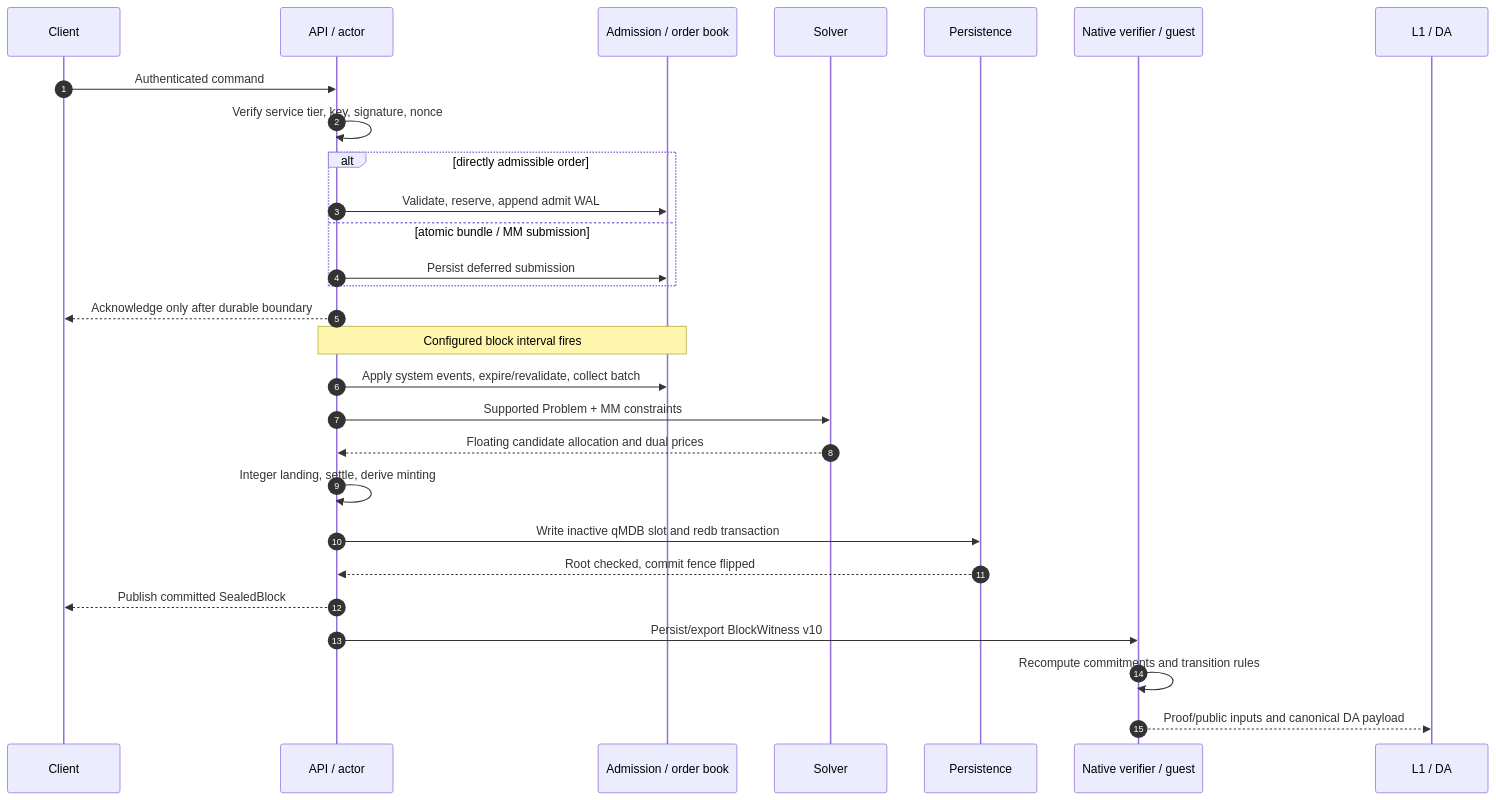
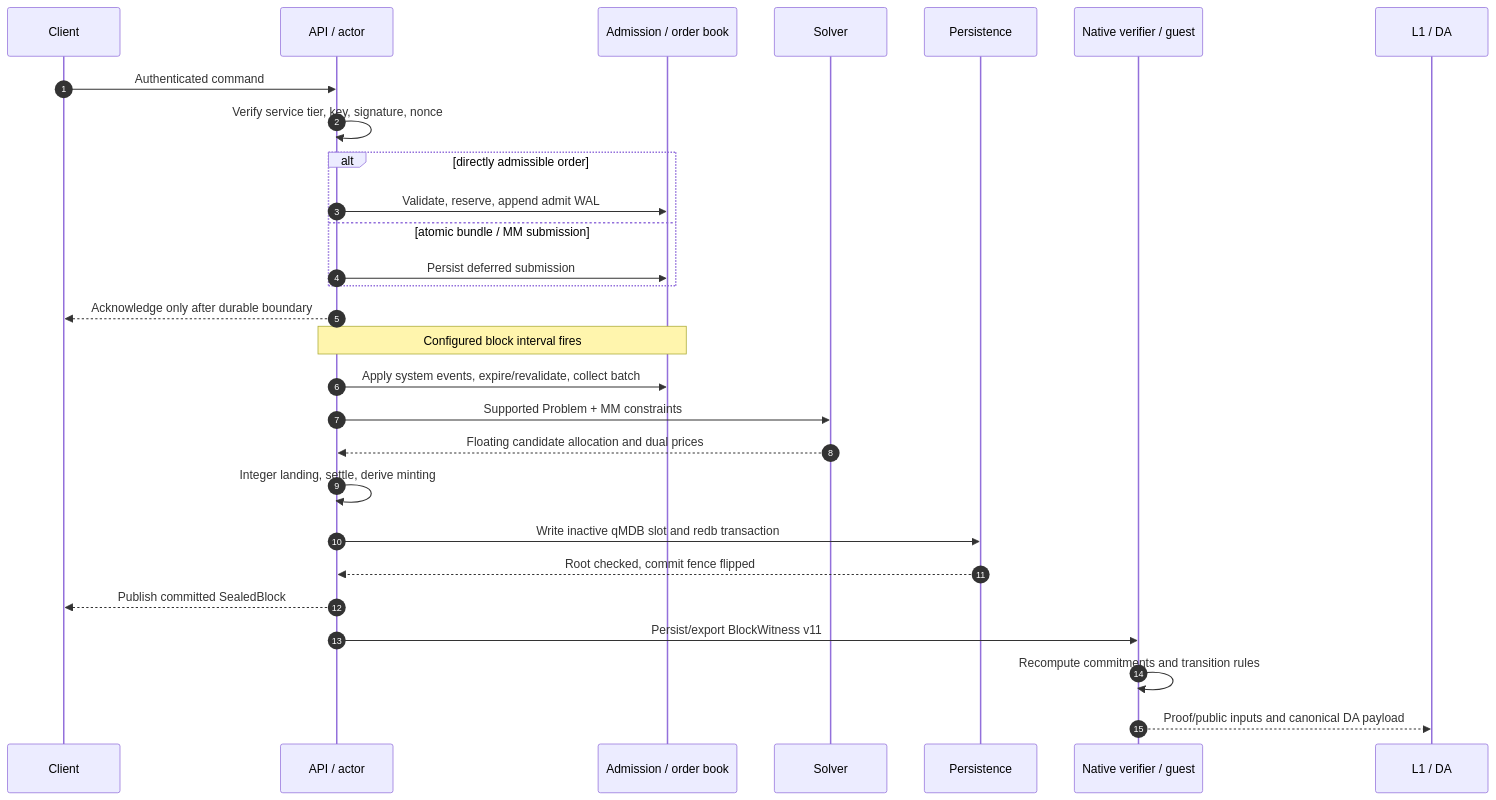
One commit to MetaB0y/sybil changed the second of 2 diagrams in docs/architecture/Sybil Architecture.md. Above: the diagram before and after it, drawn with Mermaid. The commit also changed other lines of this file and 289 other files, not shown here.

````diff
--- a/docs/architecture/Sybil Architecture.md
+++ b/docs/architecture/Sybil Architecture.md
@@ -84,32 +84,32 @@
 ```mermaid
 sequenceDiagram
     autonumber
     participant C as Client
     participant A as API / actor
     participant O as Admission / order book
     participant S as Solver
     participant P as Persistence
     participant V as Native verifier / guest
     participant L as L1 / DA
 
     C->>A: Authenticated command
     A->>A: Verify service tier, key, signature, nonce
     alt directly admissible order
         A->>O: Validate, reserve, append admit WAL
     else atomic bundle / MM submission
         A->>O: Persist deferred submission
     end
     A-->>C: Acknowledge only after durable boundary
 
     Note over A,O: Configured block interval fires
     A->>O: Apply system events, expire/revalidate, collect batch
     A->>S: Supported Problem + MM constraints
     S-->>A: Floating candidate allocation and dual prices
     A->>A: Integer landing, settle, derive minting
     A->>P: Write inactive qMDB slot and redb transaction
     P-->>A: Root checked, commit fence flipped
     A-->>C: Publish committed SealedBlock
-    A->>V: Persist/export BlockWitness v10
+    A->>V: Persist/export BlockWitness v11
     V->>V: Recompute commitments and transition rules
     V-->>L: Proof/public inputs and canonical DA payload
 ```
````
